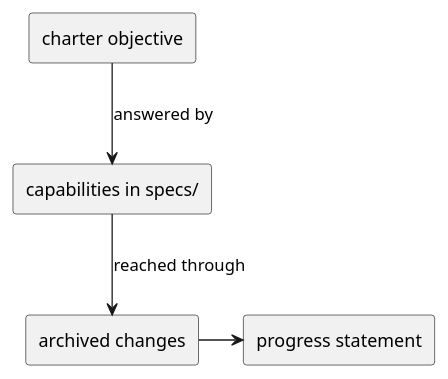
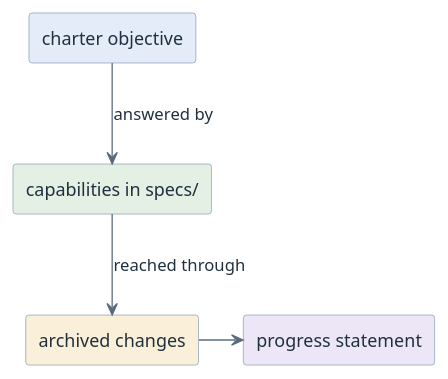
The diagram in modules/bridge-progress-and-milestones/questions.adoc (htl-leonding-college/curriculum-syp3), drawn with PlantUML before and after one commit. The commit also changed 65 other files, not shown here.

First line of the commit message:
feat(site): give the diagrams a semantic pastel palette

```diff
--- a/modules/bridge-progress-and-milestones/questions.adoc
+++ b/modules/bridge-progress-and-milestones/questions.adoc
@@ -62,14 +62,17 @@
 [plantuml,q-progress-derivation,svg]
 ----
 @startuml
-skinparam monochrome true
+<style>
+element { BackgroundColor #EDF3FA; LineColor #7C93AD; FontColor #21303F }
+arrow { LineColor #5A6B7D; FontColor #21303F }
+</style>
 skinparam shadowing false
-rectangle "charter objective" as O
-rectangle "capabilities in specs/" as C
-rectangle "archived changes" as A
-rectangle "progress statement" as P
+rectangle "charter objective" as O #E3ECF8
+rectangle "capabilities in specs/" as C #E4F0E4
+rectangle "archived changes" as A #FAF0D9
+rectangle "progress statement" as P #ECE6F7
 O -down-> C : answered by
 C -down-> A : reached through
 A -right-> P
 @enduml
 ----
```
